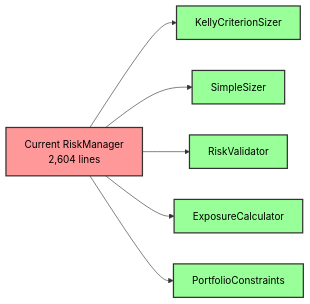
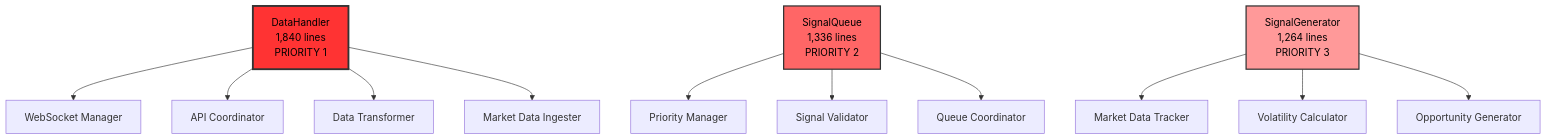
Before and after one commit to plataplomo/hummingbot: the seventh of 7 diagrams in workflow/business_logic_refactor/02_second_look.md, drawn with Mermaid. The commit also changed other lines of this file and 214 other files, not shown here.

First line of the commit message:
Refactor and enhance portfolio and risk management systems (#63)

````diff
--- a/workflow/business_logic_refactor/02_second_look.md
+++ b/workflow/business_logic_refactor/02_second_look.md
@@ -495,15 +517,19 @@
 ```mermaid
-graph LR
-    A[Current RiskManager<br/>2,604 lines] --> B[KellyCriterionSizer]
-    A --> C[SimpleSizer]
-    A --> D[RiskValidator]
-    A --> E[ExposureCalculator]
-    A --> F[PortfolioConstraints]
+graph TD
+    A[DataHandler<br/>1,840 lines<br/>PRIORITY 1] --> B[WebSocket Manager]
+    A --> C[API Coordinator]
+    A --> D[Data Transformer]
+    A --> E[Market Data Ingester]
     
-    style A fill:#ff9999,stroke:#333,stroke-width:2px,color:#000
-    style B fill:#99ff99,stroke:#333,stroke-width:2px,color:#000
-    style C fill:#99ff99,stroke:#333,stroke-width:2px,color:#000
-    style D fill:#99ff99,stroke:#333,stroke-width:2px,color:#000
-    style E fill:#99ff99,stroke:#333,stroke-width:2px,color:#000
-    style F fill:#99ff99,stroke:#333,stroke-width:2px,color:#000
+    F[SignalQueue<br/>1,336 lines<br/>PRIORITY 2] --> G[Priority Manager]
+    F --> H[Signal Validator]
+    F --> I[Queue Coordinator]
+    
+    J[SignalGenerator<br/>1,264 lines<br/>PRIORITY 3] --> K[Market Data Tracker]
+    J --> L[Volatility Calculator] 
+    J --> M[Opportunity Generator]
+    
+    style A fill:#ff3333,stroke:#333,stroke-width:3px,color:#000
+    style F fill:#ff6666,stroke:#333,stroke-width:2px,color:#000
+    style J fill:#ff9999,stroke:#333,stroke-width:2px,color:#000
 ```
````
